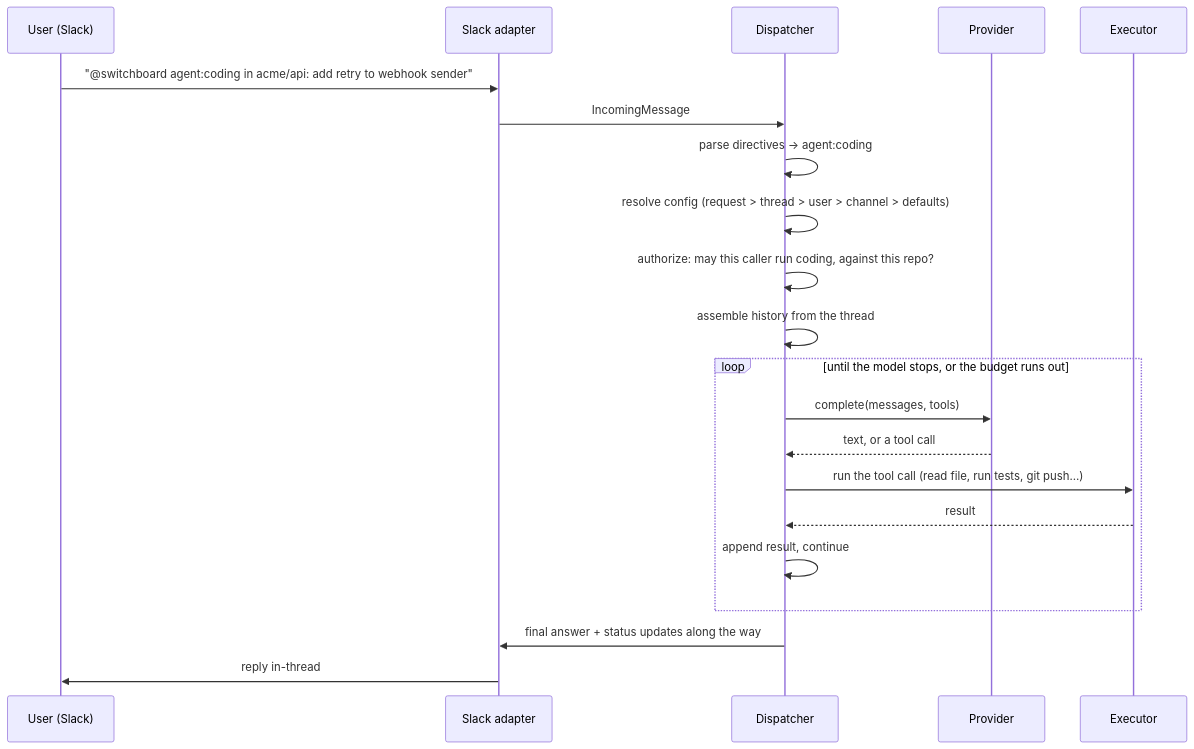
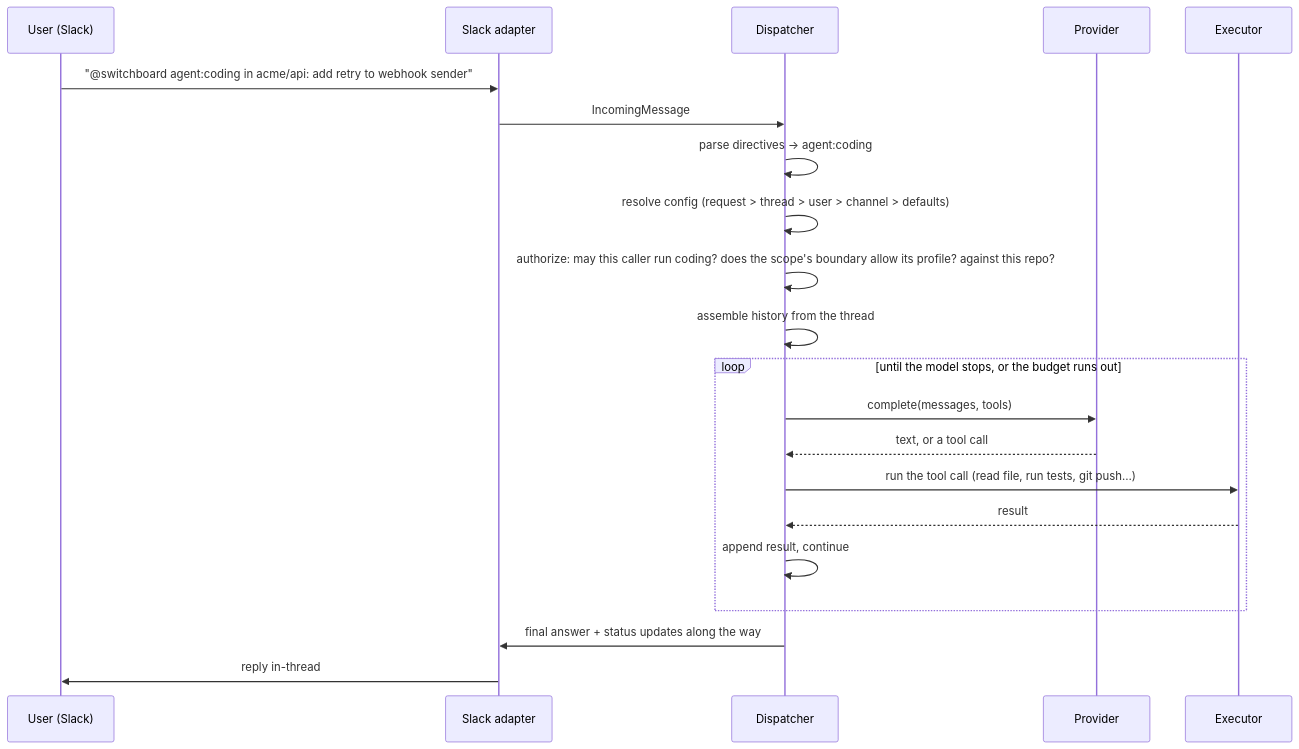
One commit to coreplanelabs/switchboard changed the second of 2 diagrams in docs/explanation/how-a-request-flows.md. Above: the diagram before and after it, drawn with Mermaid. The commit also changed 57 other files, not shown here.

Commit message:
feat(config): a scope can cap what any run in it may have — minutes, identity and machine class intersect across the layers, a budget above the cap is clipped and an identity or class above it is refused before any executor exists (#967)

````diff
--- a/docs/explanation/how-a-request-flows.md
+++ b/docs/explanation/how-a-request-flows.md
@@ -49,24 +49,24 @@
 ```mermaid
 sequenceDiagram
     participant U as User (Slack)
     participant A as Slack adapter
     participant D as Dispatcher
     participant P as Provider
     participant E as Executor
 
     U->>A: "@switchboard agent:coding in acme/api: add retry to webhook sender"
     A->>D: IncomingMessage
     D->>D: parse directives → agent:coding
     D->>D: resolve config (request > thread > user > channel > defaults)
-    D->>D: authorize: may this caller run coding, against this repo?
+    D->>D: authorize: may this caller run coding? does the scope's boundary allow its profile? against this repo?
     D->>D: assemble history from the thread
     loop until the model stops, or the budget runs out
         D->>P: complete(messages, tools)
         P-->>D: text, or a tool call
         D->>E: run the tool call (read file, run tests, git push…)
         E-->>D: result
         D->>D: append result, continue
     end
     D->>A: final answer + status updates along the way
     A->>U: reply in-thread
 ```
````
